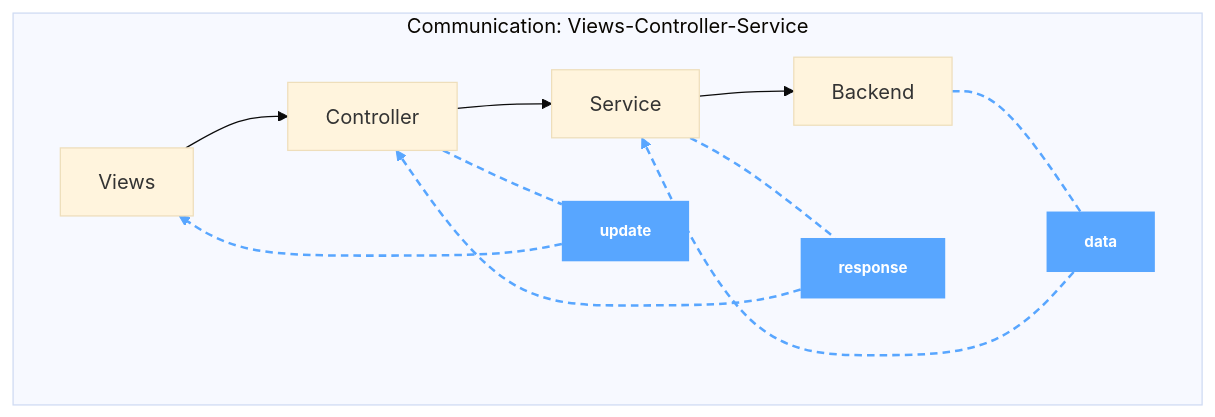
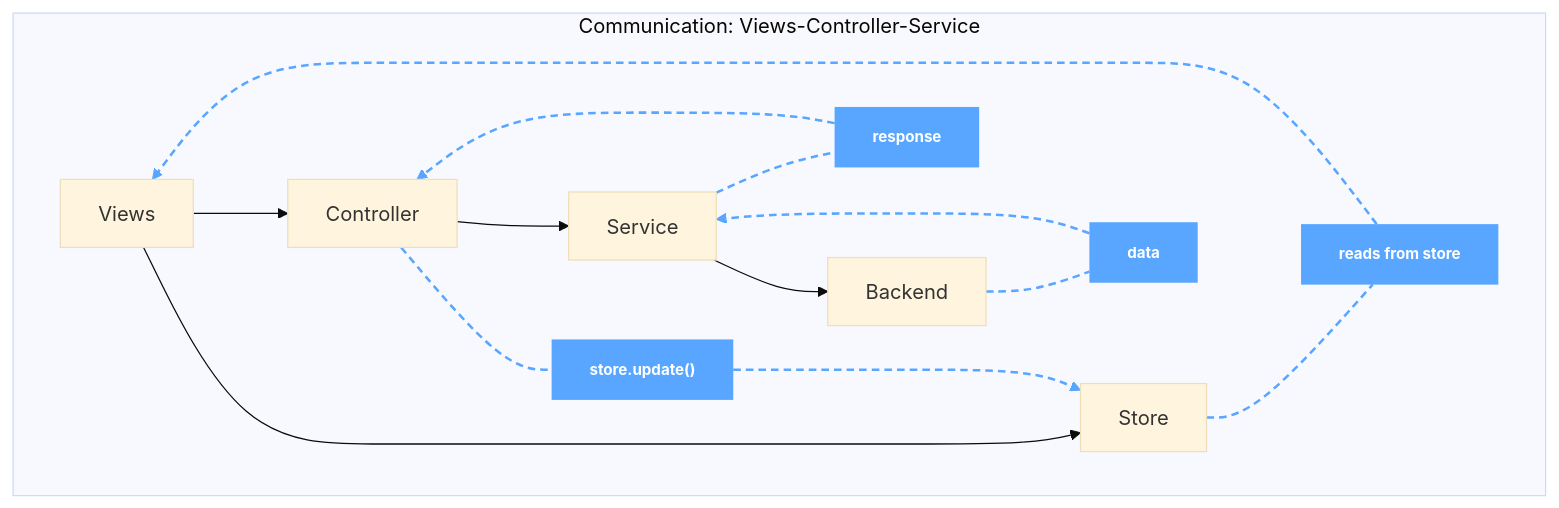
One commit to yan-nick-91/vue_todo_with_mock_db changed the diagram in design/logs/Architecture.md. Above: the diagram before and after it, drawn with Mermaid (base theme).

Commit message:
Updated model in controller section

````diff
--- a/design/logs/Architecture.md
+++ b/design/logs/Architecture.md
@@ -63,28 +63,34 @@
 ```mermaid
 %%{init: {"flowchart": {"htmlLabels": false}} }%%
 flowchart LR
 
     %% Heen route zonder labels (standaard pijlen)
     Views --> Controller
+    Views --> Store
     Controller --> Service
     Service --> Backend
 
     %% Retour route als aparte nodes en rechte verbindingen
     subgraph Communication: Views-Controller-Service
       direction LR
-      Backend --- DataLabel ---> Service --- ResponseLabel ---> Controller --- UpdateLabel ---> Views
+      Backend --- DataLabel ---> Service
+      Service --- ResponseLabel ---> Controller
+      Controller --- StoreUpdateLabel ---> Store
+      Store --- ReactiveLabel ---> Views
     end
 
     %% Label nodes met tekst
     DataLabel["data"]
     ResponseLabel["response"]
-    UpdateLabel["update"]
+    StoreUpdateLabel["store.update()"]
+    ReactiveLabel["reads from store"]
 
     %% Style label nodes
-    class DataLabel,ResponseLabel,UpdateLabel labelStyle;
+    class DataLabel,ResponseLabel,StoreUpdateLabel,ReactiveLabel labelStyle;
 
     classDef labelStyle fill:#58a6ff,stroke:none,color:#fff,font-weight:bold,font-size:12px,border-radius:4px,padding:4px;
 
-    %% Retourlijnen een aparte class voor gestippelde stijl (inclusief laatste 2 pijlen)
-    linkStyle 3,4,5,6,7,8 stroke:#58a6ff, stroke-width:2px, stroke-dasharray: 6 4, fill:none
+    %% Gestippelde stijl voor retourroute (inclusief Store → Views)
+    linkStyle 4,5,6,7,8,9,10,11 stroke:#58a6ff, stroke-width:2px, stroke-dasharray: 6 4, fill:none
+
 ```
````
